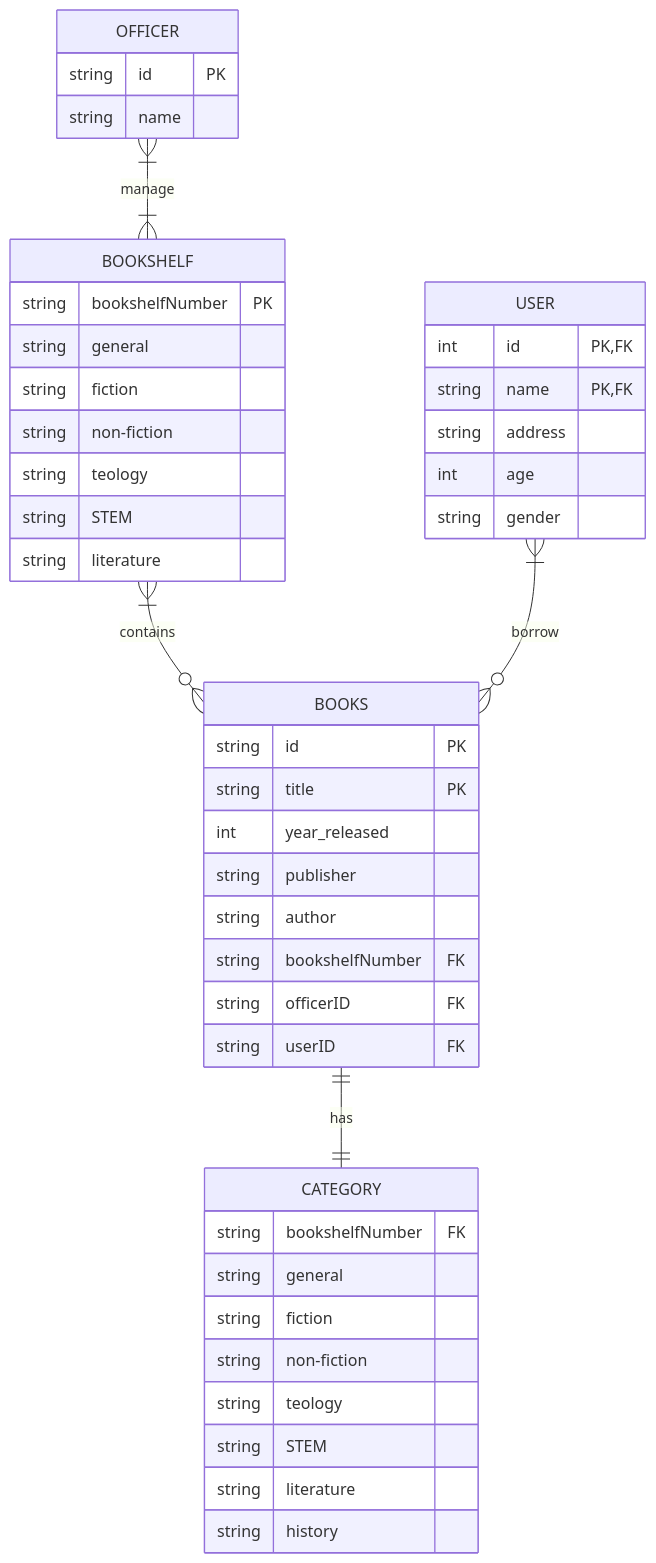
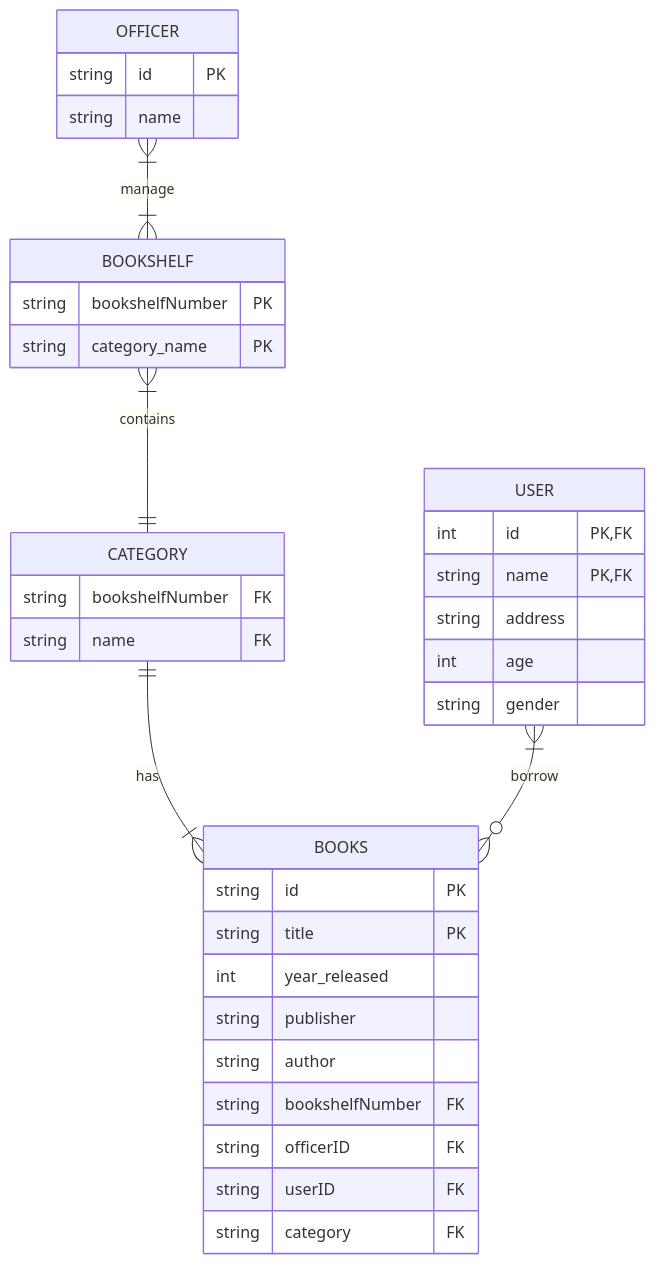
The diagram in README.md (mslthn/koda-b6-db1), drawn with Mermaid before and after one commit. The commit also changed other lines of this file, not shown here.

Commit message:
chore: updating the erd

````diff
--- a/README.md
+++ b/README.md
@@ -4,55 +4,45 @@
 ```mermaid
 
 erDiagram
     direction TB
     
     BOOKS {
         string id PK
         string title PK
         int year_released
         string publisher
         string author
         string bookshelfNumber FK
         string officerID FK
         string userID FK
+        string category FK
     }
 
     CATEGORY {
         string bookshelfNumber FK
-        string general
-        string fiction
-        string non-fiction
-        string teology
-        string STEM
-        string literature
-        string history
+        string name FK
     }
 
     BOOKSHELF {
         string bookshelfNumber PK
-        string general
-        string fiction
-        string non-fiction
-        string teology
-        string STEM
-        string literature
+        string category_name PK
     }
 
     OFFICER {
         string id PK
         string name
     }
 
     USER {
         int id PK, FK
         string name PK, FK
         string address
         int age
         string gender
     }
 
-BOOKS ||--|| CATEGORY : has 
-BOOKSHELF }|--o{ BOOKS : contains
+CATEGORY ||--|{ BOOKS : has 
+BOOKSHELF }|--|| CATEGORY : contains
 OFFICER }|--|{ BOOKSHELF : manage
 USER }|--o{ BOOKS : borrow
 ```
````
